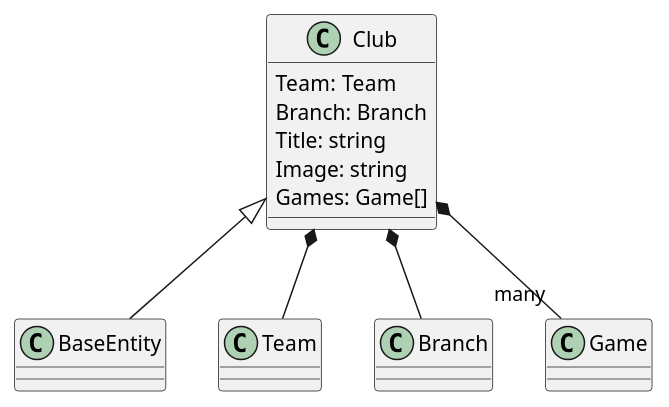
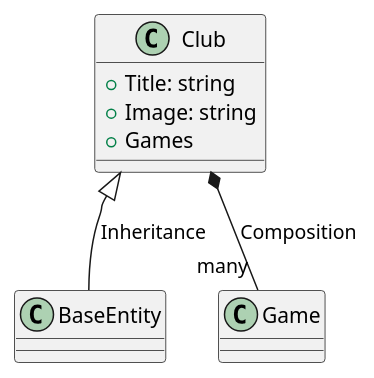
The diagram in uml/Club/Club.puml (evrendev/sport-club), drawn with PlantUML before and after one commit. The commit also changed 27 other files, not shown here.

Commit message:
Resource file added for fixtures, updated uml class diagrams

```diff
--- a/uml/Club/Club.puml
+++ b/uml/Club/Club.puml
@@ -1,16 +1,12 @@
-@startuml Class Diagram
+@startuml Club Class Diagram
 
 class Club  {
-    Team: Team
-    Branch: Branch
-    Title: string
-    Image: string
-    Games: Game[]
+    + Title: string
+    + Image: string
+    + Games
 }
 
-Club <|-- BaseEntity
-Club *-- Team
-Club *-- Branch
-Club *-- "many" Game
+Club <|-- BaseEntity: Inheritance
+Club *-- "many" Game: Composition
  
 @enduml
```
